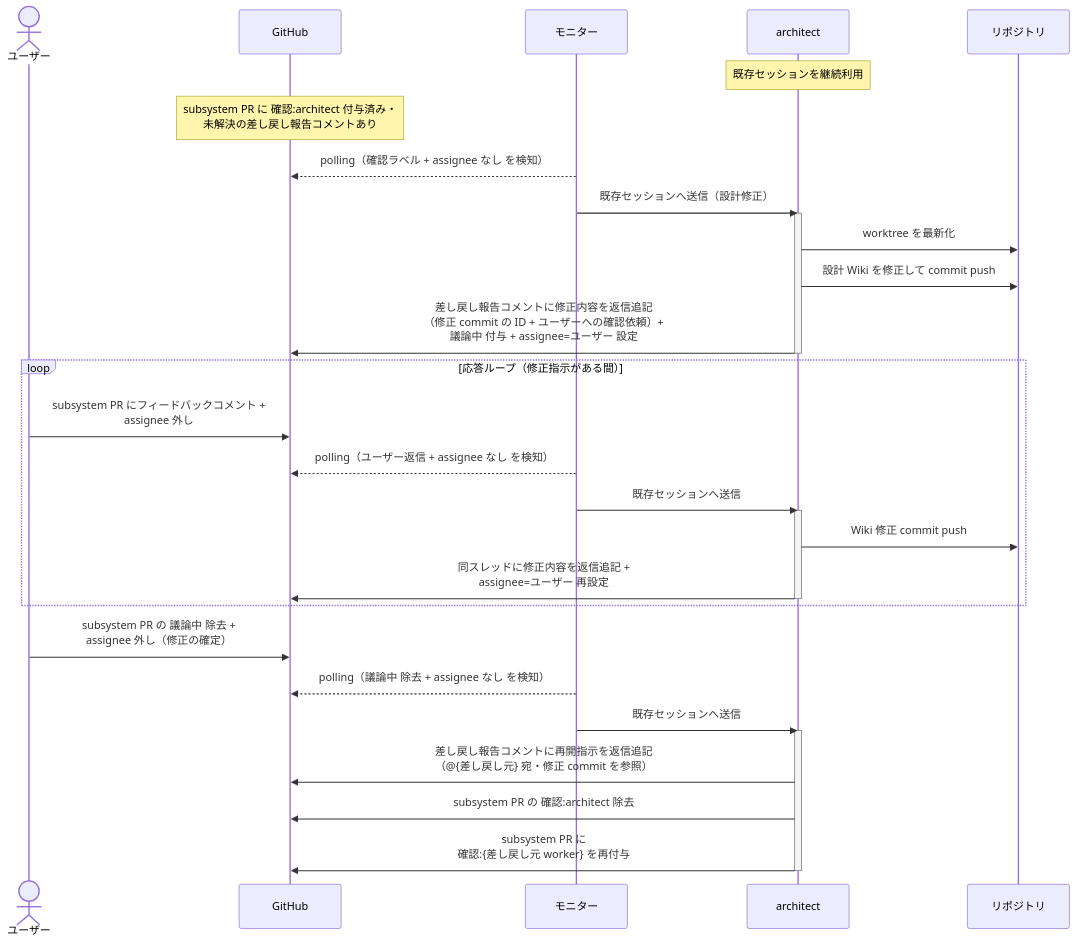
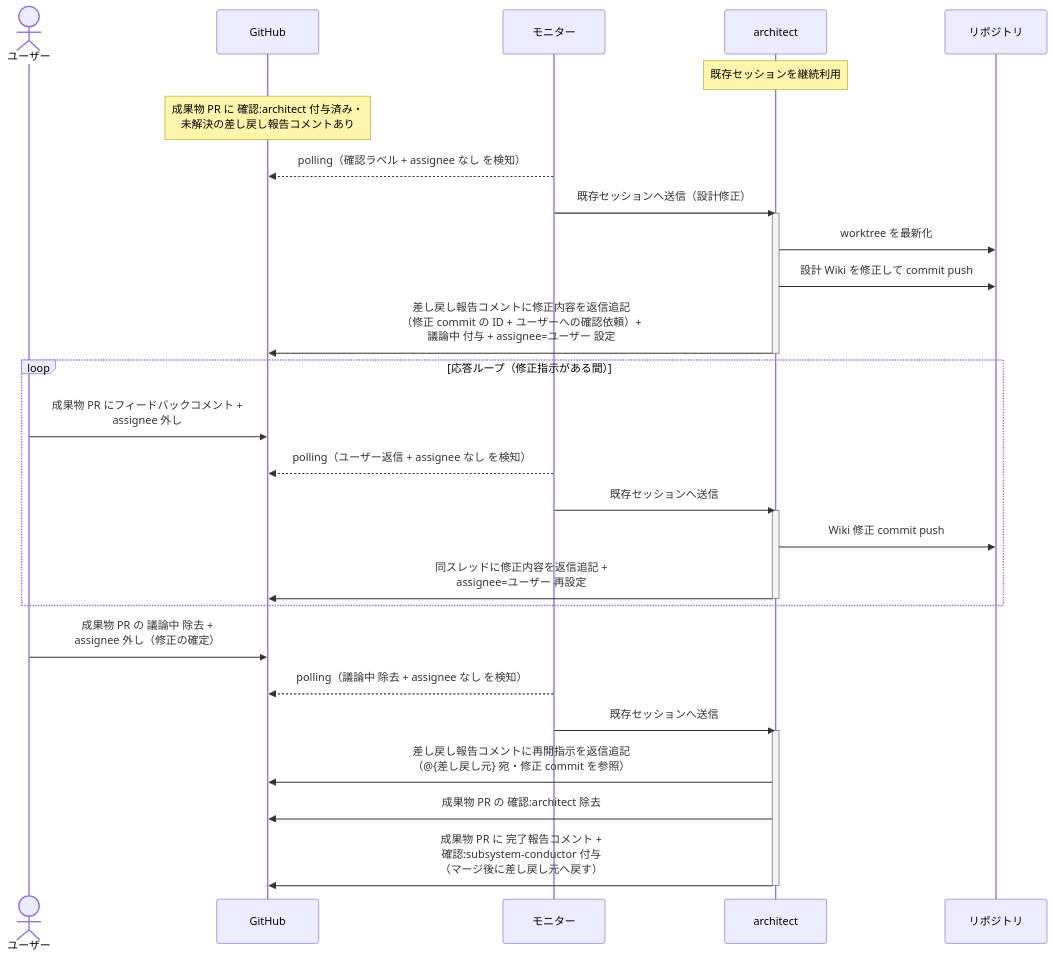
One commit to shuhei1101/ai-monitor changed the sixth of 7 diagrams in docs/wiki/設計図/シナリオ/単一ユースケース/SS設計.md. Above: the diagram before and after it, drawn with Mermaid. The commit also changed other lines of this file and 256 other files, not shown here.

````diff
--- a/docs/wiki/設計図/シナリオ/単一ユースケース/SS設計.md
+++ b/docs/wiki/設計図/シナリオ/単一ユースケース/SS設計.md
@@ -263,37 +264,37 @@
 ```mermaid
 sequenceDiagram
   actor U as ユーザー
   participant GH as GitHub
   participant ORC as モニター
   participant MON as architect
   participant REPO as リポジトリ
 
   Note over MON: 既存セッションを継続利用
-  Note over GH: subsystem PR に 確認:architect 付与済み・<br>未解決の差し戻し報告コメントあり
+  Note over GH: 成果物 PR に 確認:architect 付与済み・<br>未解決の差し戻し報告コメントあり
   ORC-->>GH: polling（確認ラベル + assignee なし を検知）
   ORC->>MON: 既存セッションへ送信（設計修正）
   activate MON
   MON->>REPO: worktree を最新化
   MON->>REPO: 設計 Wiki を修正して commit push
   MON->>GH: 差し戻し報告コメントに修正内容を返信追記<br>（修正 commit の ID + ユーザーへの確認依頼）+<br>議論中 付与 + assignee=ユーザー 設定
   deactivate MON
 
   loop 応答ループ（修正指示がある間）
-    U->>GH: subsystem PR にフィードバックコメント +<br>assignee 外し
+    U->>GH: 成果物 PR にフィードバックコメント +<br>assignee 外し
     ORC-->>GH: polling（ユーザー返信 + assignee なし を検知）
     ORC->>MON: 既存セッションへ送信
     activate MON
     MON->>REPO: Wiki 修正 commit push
     MON->>GH: 同スレッドに修正内容を返信追記 +<br>assignee=ユーザー 再設定
     deactivate MON
   end
 
-  U->>GH: subsystem PR の 議論中 除去 +<br>assignee 外し（修正の確定）
+  U->>GH: 成果物 PR の 議論中 除去 +<br>assignee 外し（修正の確定）
   ORC-->>GH: polling（議論中 除去 + assignee なし を検知）
   ORC->>MON: 既存セッションへ送信
   activate MON
   MON->>GH: 差し戻し報告コメントに再開指示を返信追記<br>（@{差し戻し元} 宛・修正 commit を参照）
-  MON->>GH: subsystem PR の 確認:architect 除去
-  MON->>GH: subsystem PR に<br>確認:{差し戻し元 worker} を再付与
+  MON->>GH: 成果物 PR の 確認:architect 除去
+  MON->>GH: 成果物 PR に 完了報告コメント +<br>確認:subsystem-conductor 付与<br>（マージ後に差し戻し元へ戻す）
   deactivate MON
 ```
````
